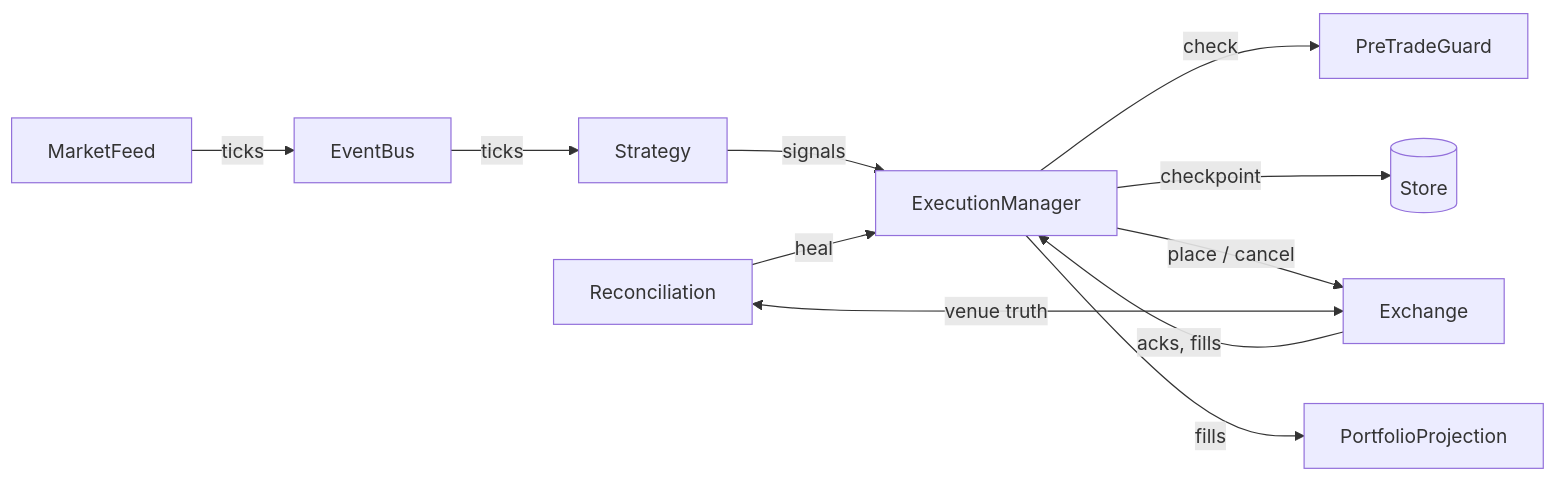
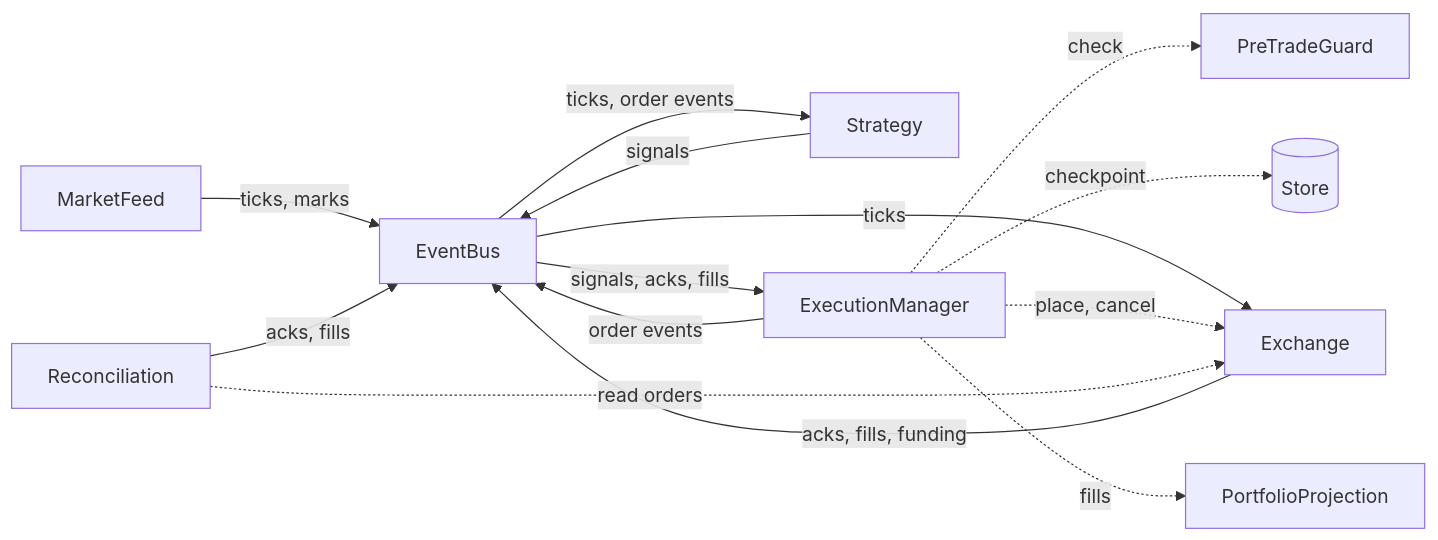
Before and after one commit to MarcosACH/tickwright: the first of 4 diagrams in README.md, drawn with Mermaid. The commit also changed other lines of this file, not shown here.

Commit message:
docs: show that every event rides the bus, not only ticks
The flow diagram drew signals, acks, and fills as direct calls. They are
bus events. Only place, cancel, reads, the guard, and the store are calls.

````diff
--- a/README.md
+++ b/README.md
@@ -59,13 +61,16 @@
 ```mermaid
 flowchart LR
-    Feed[MarketFeed] -->|ticks| Bus[EventBus]
-    Bus -->|ticks| Strategy
-    Strategy -->|signals| EM[ExecutionManager]
-    EM -->|check| Guard[PreTradeGuard]
-    EM -->|checkpoint| Store[(Store)]
-    EM -->|place / cancel| Exchange
-    Exchange -->|acks, fills| EM
-    EM -->|fills| Portfolio[PortfolioProjection]
-    Recon[Reconciliation] <-->|venue truth| Exchange
-    Recon -->|heal| EM
+    Feed[MarketFeed] -->|ticks, marks| Bus[EventBus]
+    Bus -->|ticks, order events| Strategy
+    Strategy -->|signals| Bus
+    Bus -->|signals, acks, fills| EM[ExecutionManager]
+    EM -->|order events| Bus
+    Bus -->|ticks| Exchange
+    Exchange -->|acks, fills, funding| Bus
+    Recon[Reconciliation] -->|acks, fills| Bus
+    EM -.->|check| Guard[PreTradeGuard]
+    EM -.->|checkpoint| Store[(Store)]
+    EM -.->|place, cancel| Exchange
+    Recon -.->|read orders| Exchange
+    EM -.->|fills| Portfolio[PortfolioProjection]
 ```
````
